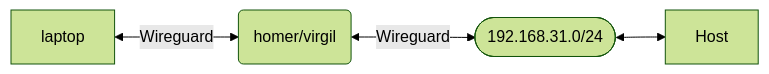
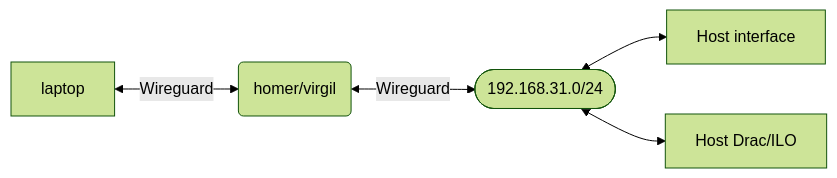
Before and after one commit to suspect-devices/digithink: the first of 2 diagrams in docs/rethinkeverything/norouter/wireguard-and-squid.md, drawn with Mermaid (forest theme). The commit also changed 1 other file, not shown here.

````diff
--- a/docs/rethinkeverything/norouter/wireguard-and-squid.md
+++ b/docs/rethinkeverything/norouter/wireguard-and-squid.md
@@ -7,6 +7,7 @@
     ```mermaid
     graph LR
-    D([192.168.31.0/24])<-->A[Host]
+    D([192.168.31.0/24])<-->A[Host interface]
+    D<-->E[Host Drac/ILO]
     C[laptop] <-- Wireguard --> B(homer/virgil);
     B <-- Wireguard -->D;
     ```
````
